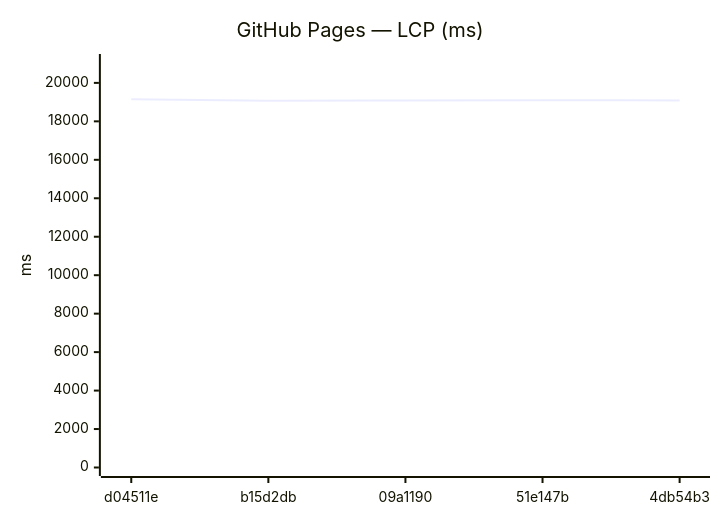
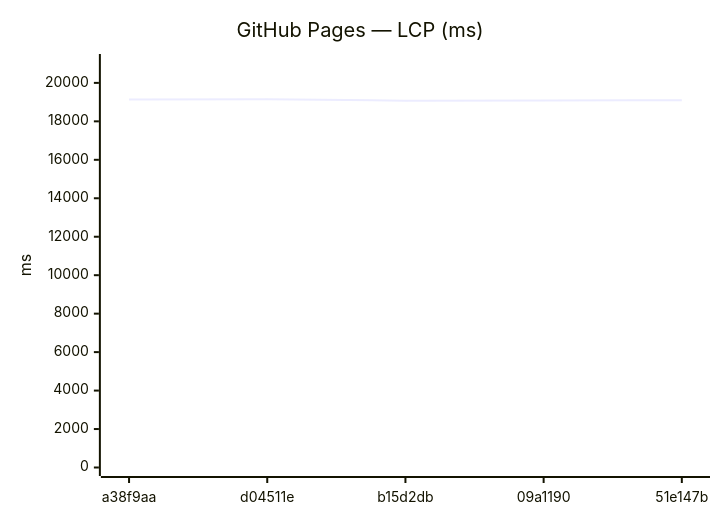
The ninth of 18 diagrams in benchmarks/compare.md (Metaheurist/Rianell), drawn with Mermaid before and after one commit. The commit also changed other lines of this file and 11 other files, not shown here.

````diff
--- a/benchmarks/compare.md
+++ b/benchmarks/compare.md
@@ -142,7 +142,7 @@
 ```mermaid
 xychart-beta
     title "GitHub Pages — LCP (ms)"
-    x-axis ["d04511e", "b15d2db", "09a1190", "51e147b", "4db54b3"]
+    x-axis ["a38f9aa", "d04511e", "b15d2db", "09a1190", "51e147b"]
     y-axis "ms" 0 --> 21060
-    line [19145, 19077, 19086, 19101, 19086]
+    line [19133, 19145, 19077, 19086, 19101]
 ```
````
